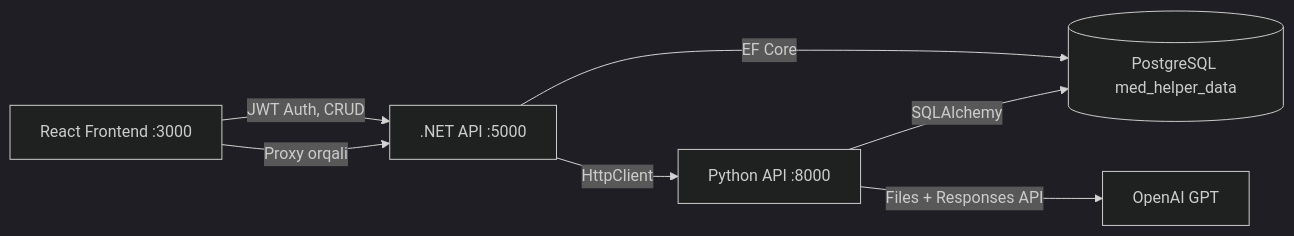
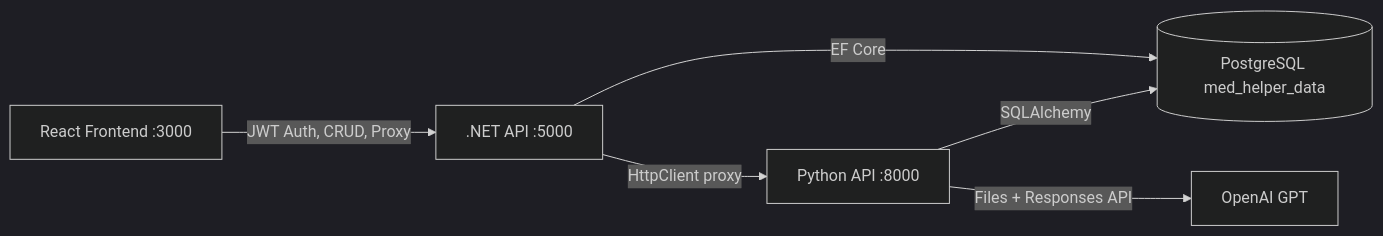
One commit to Rahmonbek/ekg_tahlili_app changed the diagram in .specify/memory/constitution.md. Above: the diagram before and after it, drawn with Mermaid (dark theme). The commit also changed other lines of this file and 56 other files, not shown here.

````diff
--- a/.specify/memory/constitution.md
+++ b/.specify/memory/constitution.md
@@ -212,9 +294,8 @@
 ```mermaid
 graph LR
-    FE[React Frontend :3000] -->|JWT Auth, CRUD| NET[.NET API :5000]
-    FE -->|Proxy orqali| NET
-    NET -->|HttpClient| PY[Python API :8000]
+    FE[React Frontend :3000] -->|JWT Auth, CRUD, Proxy| NET[.NET API :5000]
+    NET -->|HttpClient proxy| PY[Python API :8000]
     NET -->|EF Core| DB[(PostgreSQL med_helper_data)]
     PY -->|SQLAlchemy| DB
     PY -->|Files + Responses API| OAI[OpenAI GPT]
 ```
````
